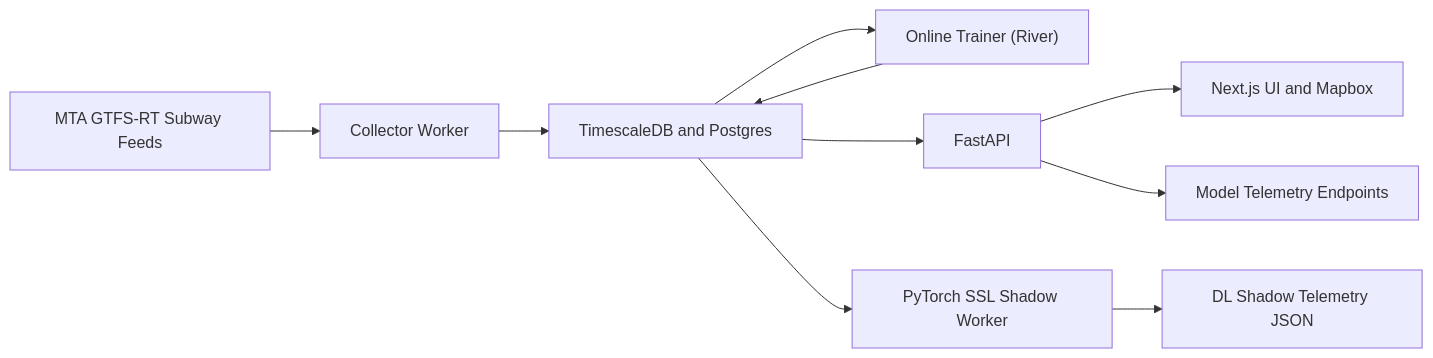
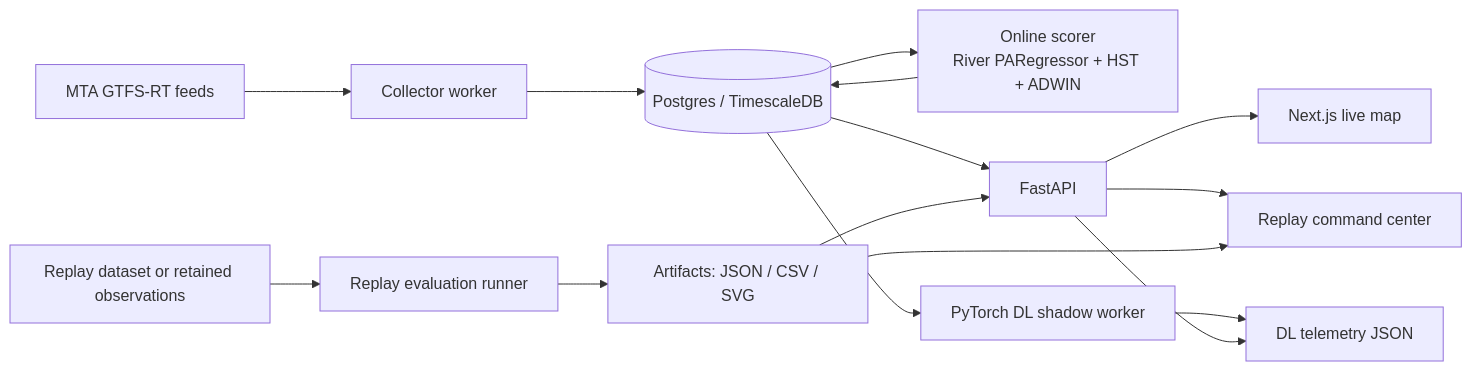
The diagram in README.md (stelioszach03/NYC-Subway-Anomaly-Detection), drawn with Mermaid before and after one commit. The commit also changed other lines of this file and 49 other files, not shown here.

Commit message:
Upgrade anomaly platform with replay evaluation and redesigned operator UI

````diff
--- a/README.md
+++ b/README.md
@@ -37,12 +66,17 @@
 ```mermaid
 flowchart LR
-  A["MTA GTFS-RT Subway Feeds"] --> B["Collector Worker"]
-  B --> C["TimescaleDB and Postgres"]
-  C --> D["Online Trainer (River)"]
+  A[MTA GTFS-RT feeds] --> B[Collector worker]
+  B --> C[(Postgres / TimescaleDB)]
+  C --> D[Online scorer\nRiver PARegressor + HST + ADWIN]
   D --> C
-  C --> E["FastAPI"]
-  E --> F["Next.js UI and Mapbox"]
-  C --> G["PyTorch SSL Shadow Worker"]
-  G --> H["DL Shadow Telemetry JSON"]
-  E --> I["Model Telemetry Endpoints"]
+  C --> E[FastAPI]
+  E --> F[Next.js live map]
+  E --> G[Replay command center]
+  H[Replay dataset or retained observations] --> I[Replay evaluation runner]
+  I --> J[Artifacts: JSON / CSV / SVG]
+  J --> E
+  J --> G
+  C --> K[PyTorch DL shadow worker]
+  K --> L[DL telemetry JSON]
+  E --> L
 ```
````
